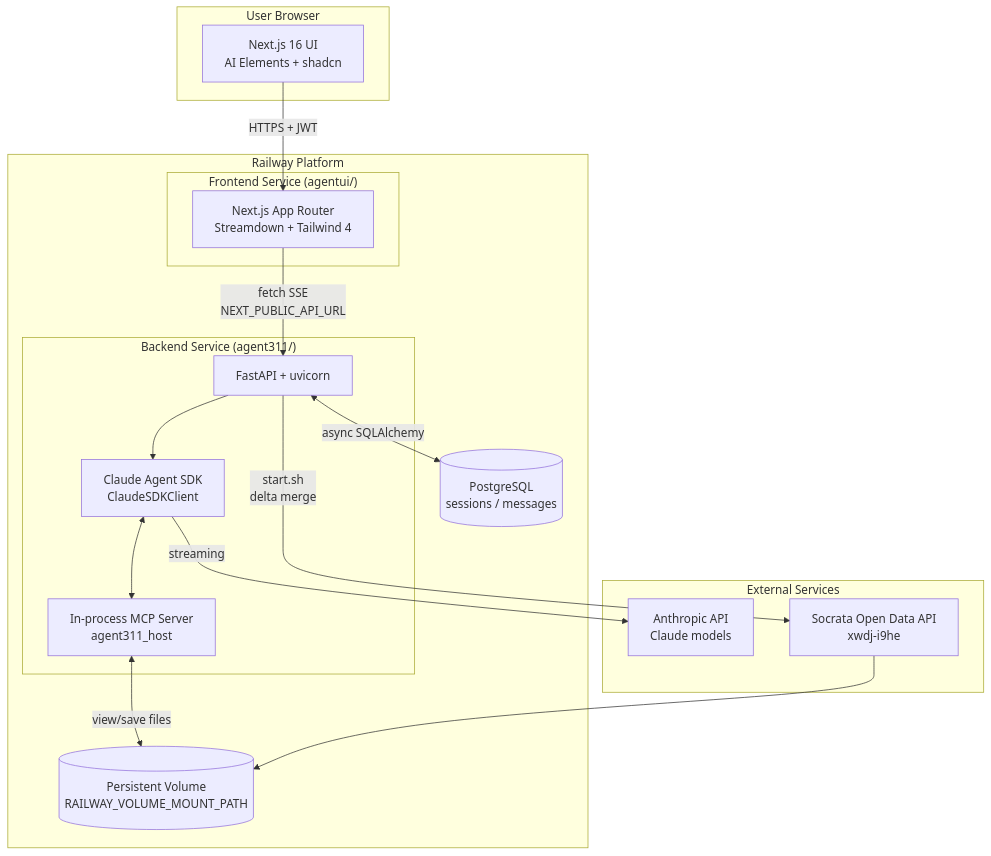
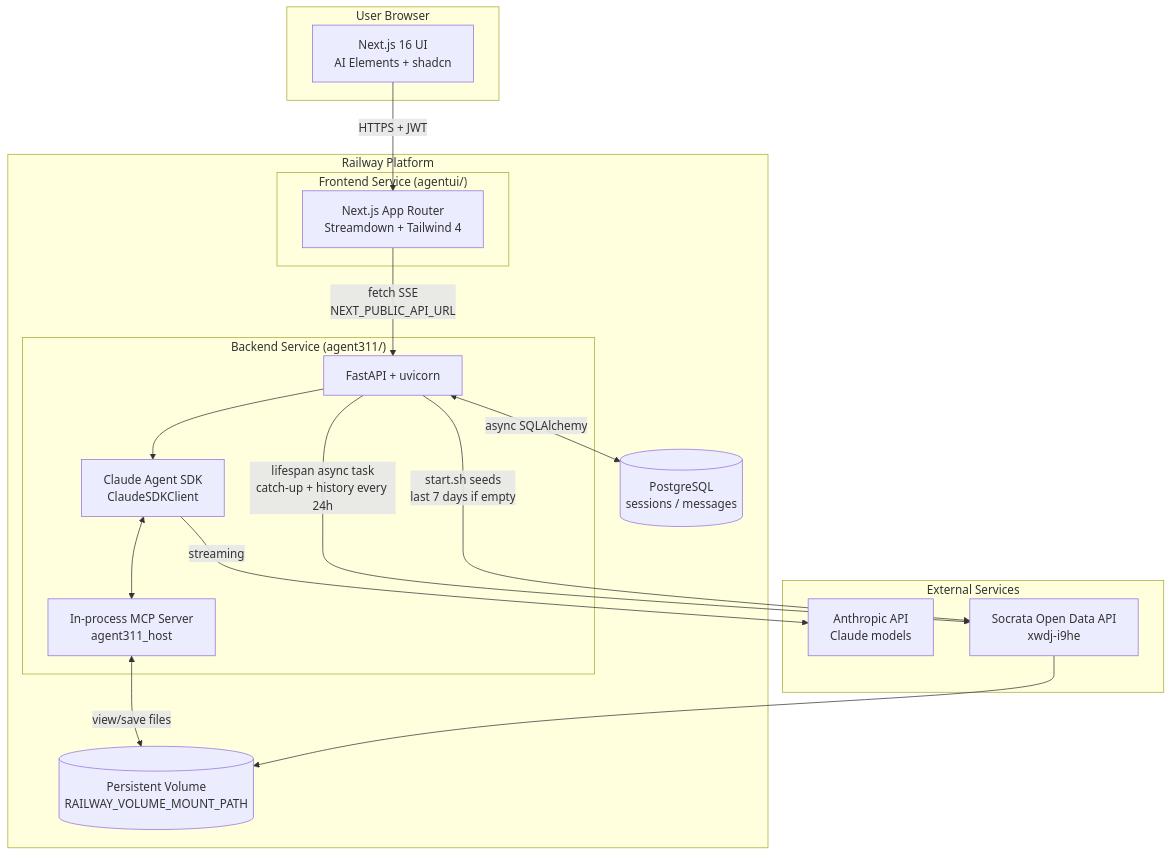
Before and after one commit to fkatelyn/agentaustin: the diagram in docs/architecture/README.md, drawn with Mermaid. The commit also changed other lines of this file and 5 other files, not shown here.

Commit message:
Add history phase to lifespan refresh; 1-week bootstrap in start.sh; update docs

````diff
--- a/docs/architecture/README.md
+++ b/docs/architecture/README.md
@@ -9,36 +9,37 @@
 ```mermaid
 graph TB
     subgraph Browser["User Browser"]
         UI[Next.js 16 UI<br/>AI Elements + shadcn]
     end
 
     subgraph Railway["Railway Platform"]
         subgraph FE["Frontend Service (agentui/)"]
             Next[Next.js App Router<br/>Streamdown + Tailwind 4]
         end
 
         subgraph BE["Backend Service (agent311/)"]
             FastAPI[FastAPI + uvicorn]
             SDK[Claude Agent SDK<br/>ClaudeSDKClient]
             MCP[In-process MCP Server<br/>agent311_host]
         end
 
         PG[(PostgreSQL<br/>sessions / messages)]
         VOL[(Persistent Volume<br/>RAILWAY_VOLUME_MOUNT_PATH)]
     end
 
     subgraph External["External Services"]
         Anthropic[Anthropic API<br/>Claude models]
         Socrata[Socrata Open Data API<br/>xwdj-i9he]
     end
 
     UI -->|HTTPS + JWT| Next
     Next -->|fetch SSE<br/>NEXT_PUBLIC_API_URL| FastAPI
     FastAPI --> SDK
     SDK <--> MCP
     SDK -->|streaming| Anthropic
     FastAPI <-->|async SQLAlchemy| PG
     MCP <-->|view/save files| VOL
-    FastAPI -->|start.sh<br/>delta merge| Socrata
+    FastAPI -->|lifespan async task<br/>catch-up + history every 24h| Socrata
+    FastAPI -->|start.sh seeds<br/>last 7 days if empty| Socrata
     Socrata --> VOL
 ```
````
